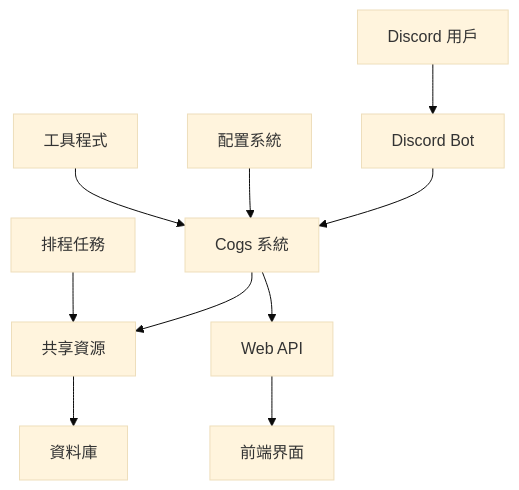
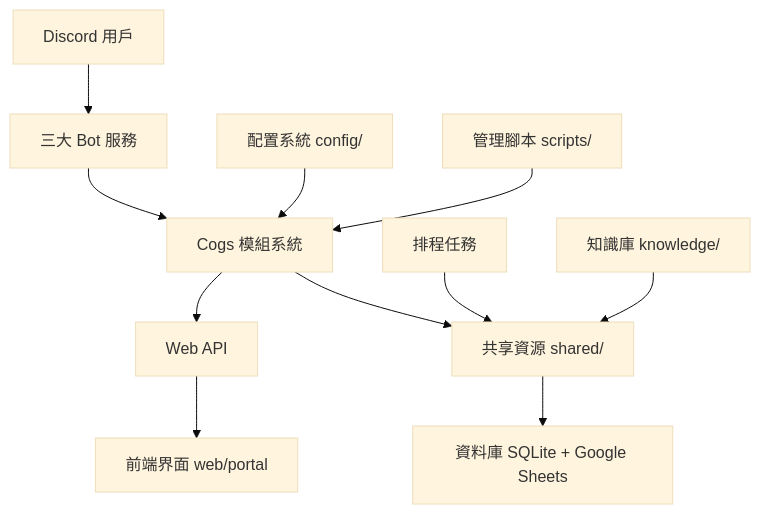
Before and after one commit to chenkankan1103/kkgroup: the diagram in knowledge/_wiki/concepts/project-architecture.md, drawn with Mermaid (base theme). The commit also changed other lines of this file and 11 other files, not shown here.

Commit message:
fix: enable WAL mode for SQLite to fix database locked issue; update docs and scripts

````diff
--- a/knowledge/_wiki/concepts/project-architecture.md
+++ b/knowledge/_wiki/concepts/project-architecture.md
@@ -108,12 +187,13 @@
 ```mermaid
 graph TD
-    A[Discord 用戶] --> B[Discord Bot]
-    B --> C[Cogs 系統]
-    C --> D[共享資源]
+    A[Discord 用戶] --> B[三大 Bot 服務]
+    B --> C[Cogs 模組系統]
+    C --> D[共享資源 shared/]
     C --> E[Web API]
-    E --> F[前端界面]
-    D --> G[資料庫]
+    E --> F[前端界面 web/portal]
+    D --> G[資料庫 SQLite + Google Sheets]
     H[排程任務] --> D
-    I[配置系統] --> C
-    J[工具程式] --> C
+    I[配置系統 config/] --> C
+    J[管理腳本 scripts/] --> C
+    K[知識庫 knowledge/] --> D
 ```
````
